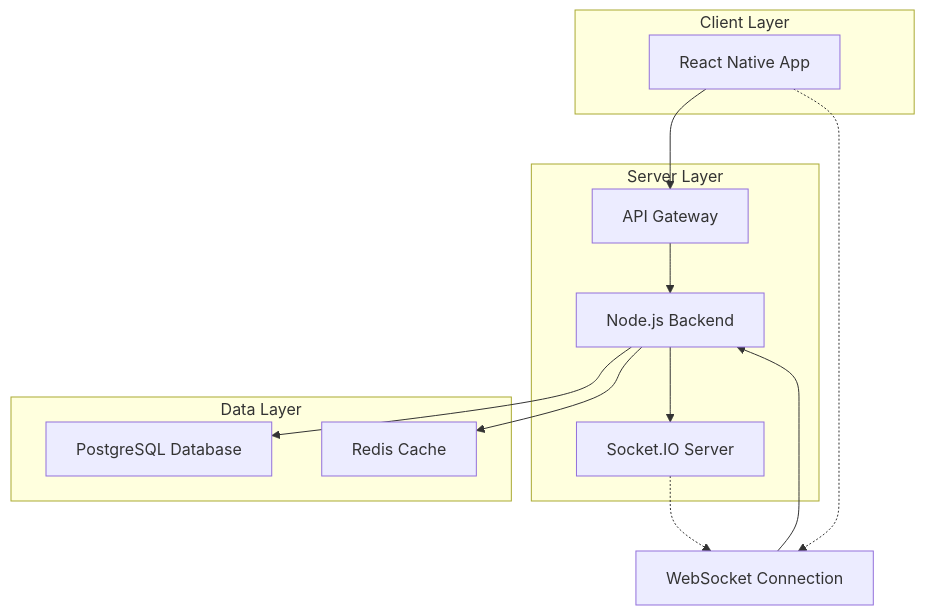
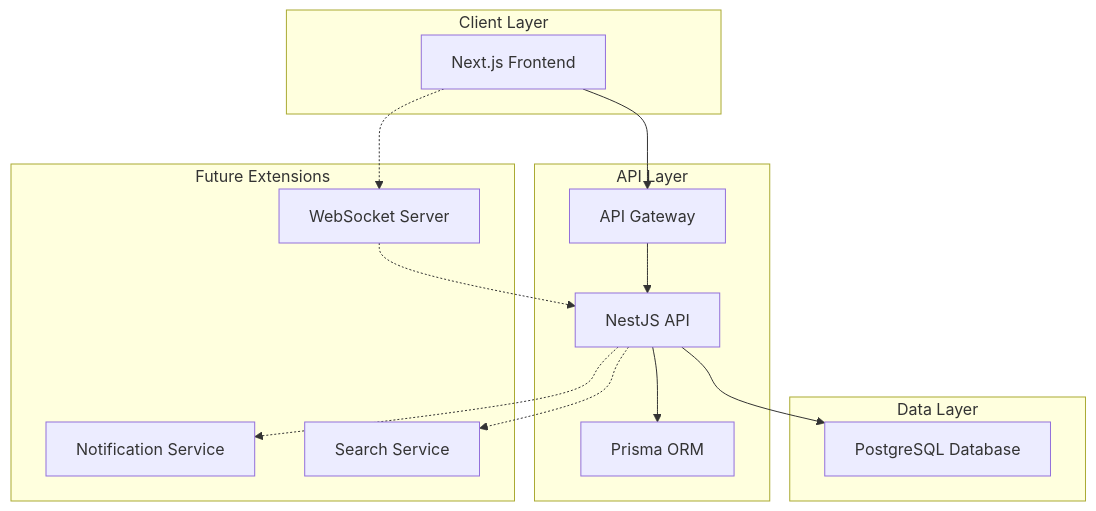
One commit to SakshamKapoor2911/ConnectVerse changed the diagram in README.md. Above: the diagram before and after it, drawn with Mermaid. The commit also changed other lines of this file and 49 other files, not shown here.

Commit message:
Completed architecture and stack, started Web UI, set up docker containers, etc.

````diff
--- a/README.md
+++ b/README.md
@@ -29,26 +31,32 @@
 ```mermaid
 graph TB
-    A[React Native App] --> B[API Gateway]
-    A -.-> C[WebSocket Connection]
-    B --> D[Node.js Backend]
-    C --> D
-    D --> E[PostgreSQL Database]
-    D --> F[Redis Cache]
-    D --> G[Socket.IO Server]
-    G -.-> C
-    
+    A[Next.js Frontend] --> B[API Gateway]
+    B --> C[NestJS API]
+    C --> D[PostgreSQL Database]
+    C --> E[Prisma ORM]
+
     subgraph "Client Layer"
         A
     end
-    
-    subgraph "Server Layer"
+
+    subgraph "API Layer"
         B
+        C
+        E
+    end
+
+    subgraph "Data Layer"
         D
-        G
     end
-    
-    subgraph "Data Layer"
-        E
-        F
+
+    subgraph "Future Extensions"
+        F[Notification Service]
+        G[Search Service]
+        H[WebSocket Server]
     end
+
+    C -.-> F
+    C -.-> G
+    A -.-> H
+    H -.-> C
 ```
````
